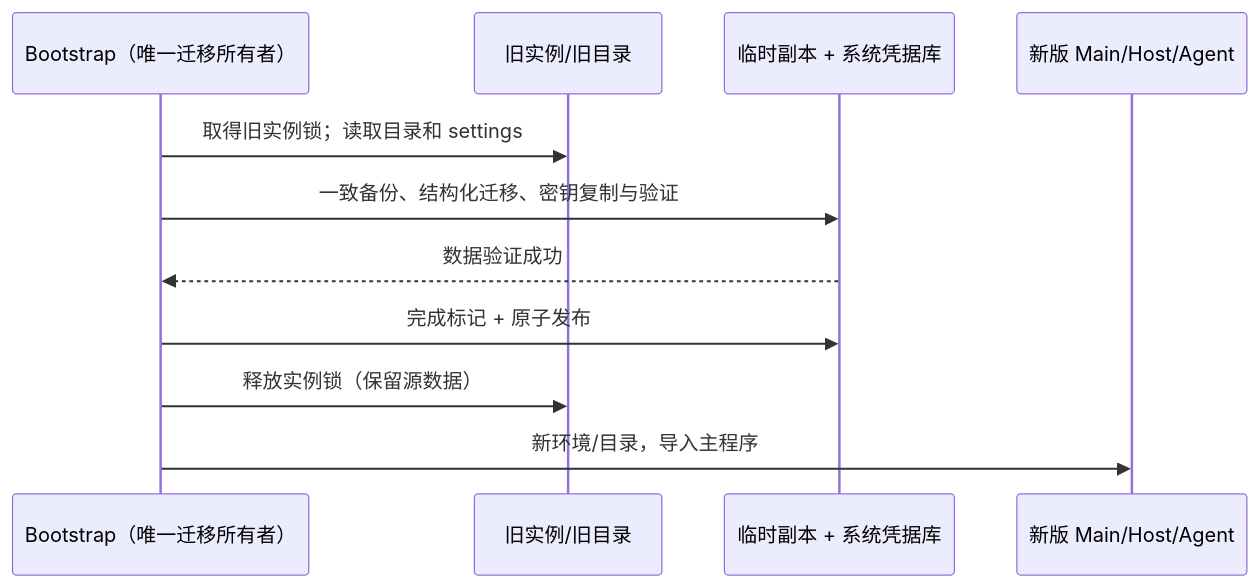
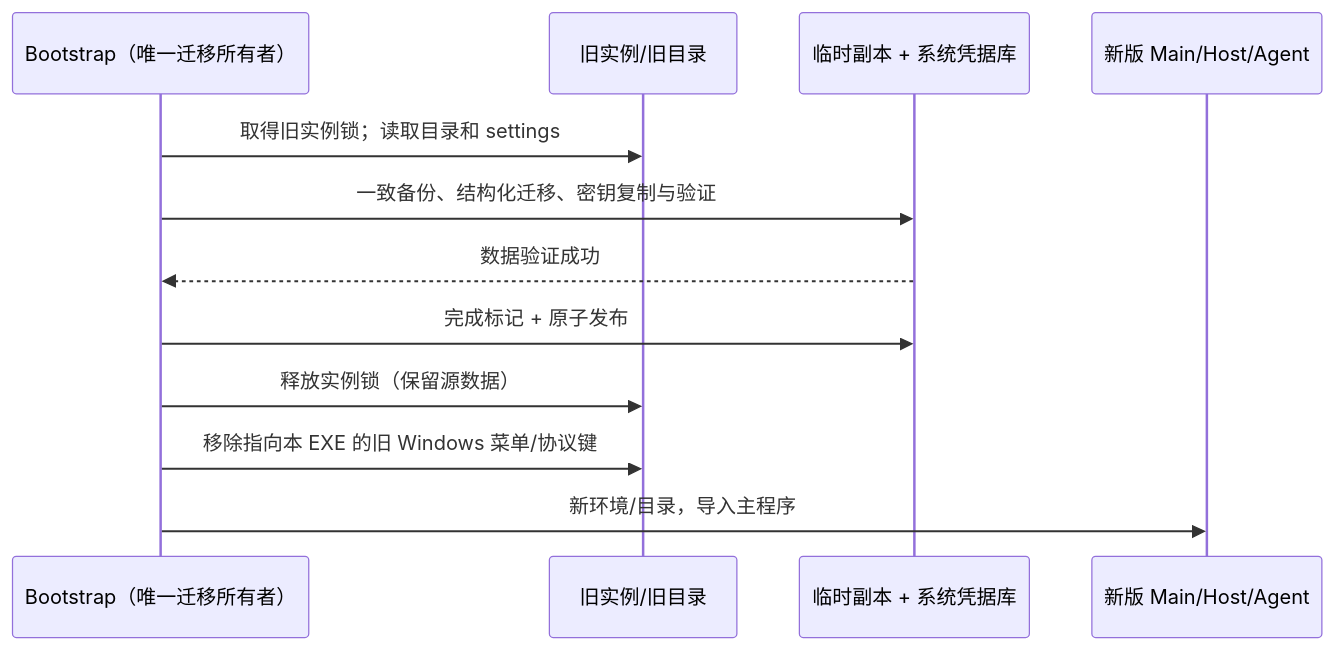
Before and after one commit to skyjt/ZCode_custom: the diagram in specs/aibuddy7se-brand-migration.md, drawn with Mermaid. The commit also changed other lines of this file and 4 other files, not shown here.

````diff
--- a/specs/aibuddy7se-brand-migration.md
+++ b/specs/aibuddy7se-brand-migration.md
@@ -15,13 +17,14 @@
 ```mermaid
 sequenceDiagram
   participant Bootstrap as Bootstrap（唯一迁移所有者）
   participant Old as 旧实例/旧目录
   participant Stage as 临时副本 + 系统凭据库
   participant Main as 新版 Main/Host/Agent
   Bootstrap->>Old: 取得旧实例锁；读取目录和 settings
   Bootstrap->>Stage: 一致备份、结构化迁移、密钥复制与验证
   Stage-->>Bootstrap: 数据验证成功
   Bootstrap->>Stage: 完成标记 + 原子发布
   Bootstrap->>Old: 释放实例锁（保留源数据）
+  Bootstrap->>Old: 移除指向本 EXE 的旧 Windows 菜单/协议键
   Bootstrap->>Main: 新环境/目录，导入主程序
 ```
````
